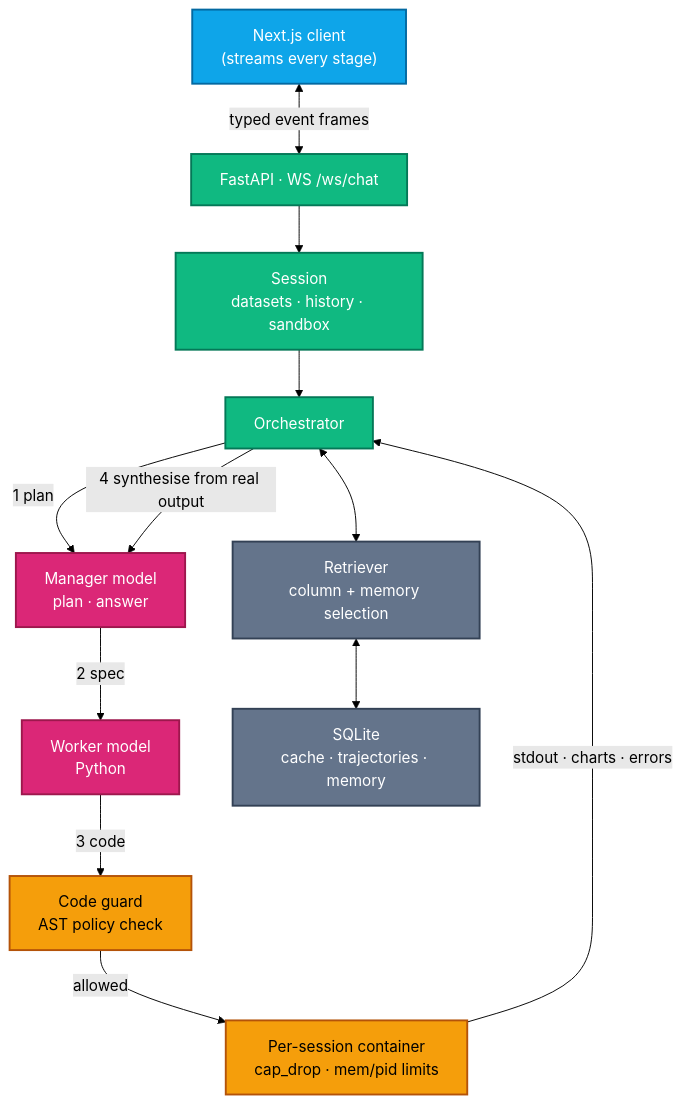
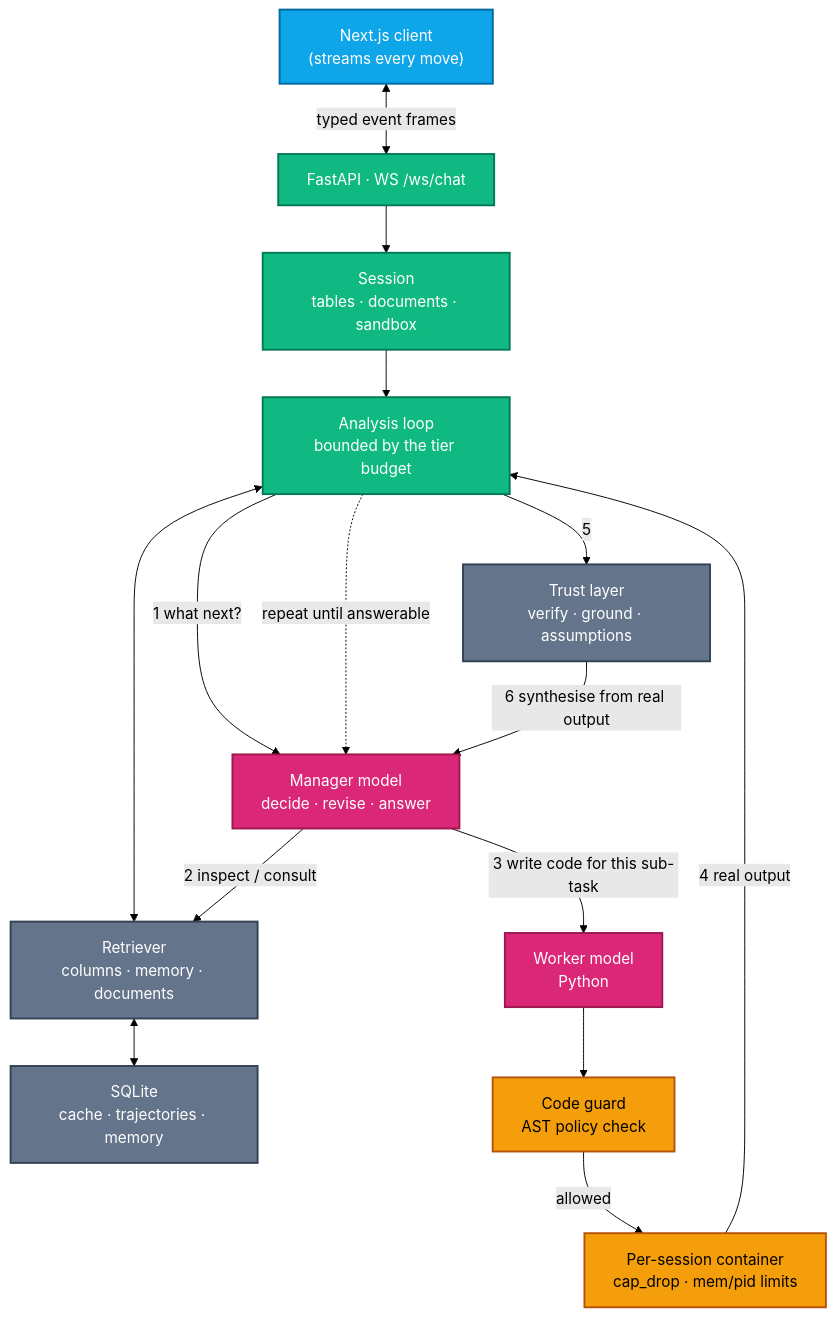
The diagram in Readme.md (Aniket-a14/Wizard-w1), drawn with Mermaid (forest theme) before and after one commit. The commit also changed other lines of this file and 20 other files, not shown here.

````diff
--- a/Readme.md
+++ b/Readme.md
@@ -54,32 +63,36 @@
 ```mermaid
 graph TD
     classDef client fill:#0ea5e9,stroke:#0369a1,stroke-width:2px,color:#fff;
     classDef api fill:#10b981,stroke:#047857,stroke-width:2px,color:#fff;
     classDef brain fill:#db2777,stroke:#9d174d,stroke-width:2px,color:#fff;
     classDef sandbox fill:#f59e0b,stroke:#b45309,stroke-width:2px,color:#000;
     classDef store fill:#64748b,stroke:#334155,stroke-width:2px,color:#fff;
 
-    UI["Next.js client<br/>(streams every stage)"]:::client
+    UI["Next.js client<br/>(streams every move)"]:::client
     WS["FastAPI · WS /ws/chat"]:::api
-    Session["Session<br/>datasets · history · sandbox"]:::api
-    Orch["Orchestrator"]:::api
+    Session["Session<br/>tables · documents · sandbox"]:::api
+    Loop["Analysis loop<br/>bounded by the tier budget"]:::api
 
-    Manager["Manager model<br/>plan · answer"]:::brain
+    Manager["Manager model<br/>decide · revise · answer"]:::brain
     Worker["Worker model<br/>Python"]:::brain
 
     Guard["Code guard<br/>AST policy check"]:::sandbox
     Box["Per-session container<br/>cap_drop · mem/pid limits"]:::sandbox
 
+    Trust["Trust layer<br/>verify · ground · assumptions"]:::store
     Store["SQLite<br/>cache · trajectories · memory"]:::store
-    Retr["Retriever<br/>column + memory selection"]:::store
+    Retr["Retriever<br/>columns · memory · documents"]:::store
 
     UI <-->|typed event frames| WS
-    WS --> Session --> Orch
-    Orch <--> Retr <--> Store
-    Orch -->|1 plan| Manager
-    Manager -->|2 spec| Worker
-    Worker -->|3 code| Guard
-    Guard -->|allowed| Box
-    Box -->|stdout · charts · errors| Orch
-    Orch -->|4 synthesise from real output| Manager
+    WS --> Session --> Loop
+    Loop <--> Retr <--> Store
+
+    Loop -->|"1 what next?"| Manager
+    Manager -->|"2 inspect / consult"| Retr
+    Manager -->|"3 write code for this sub-task"| Worker
+    Worker --> Guard -->|allowed| Box
+    Box -->|"4 real output"| Loop
+    Loop -.->|"repeat until answerable"| Manager
+    Loop -->|5| Trust
+    Trust -->|"6 synthesise from real output"| Manager
 ```
````
